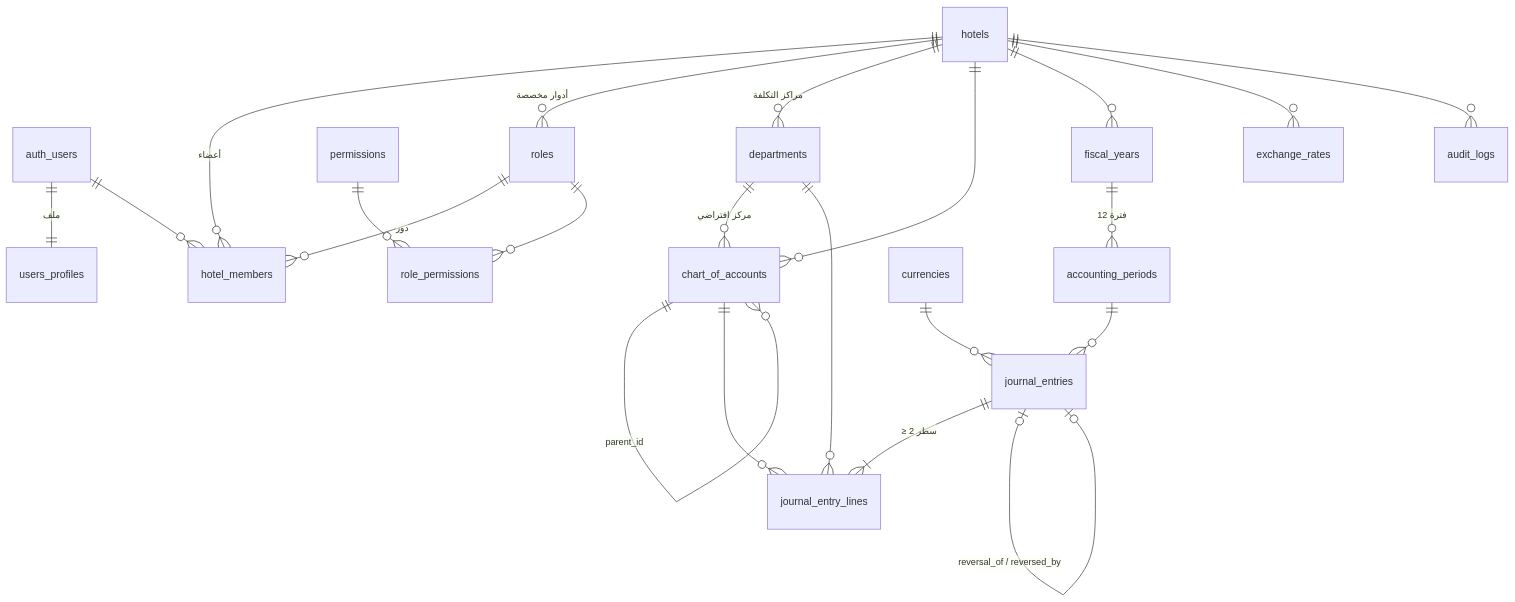
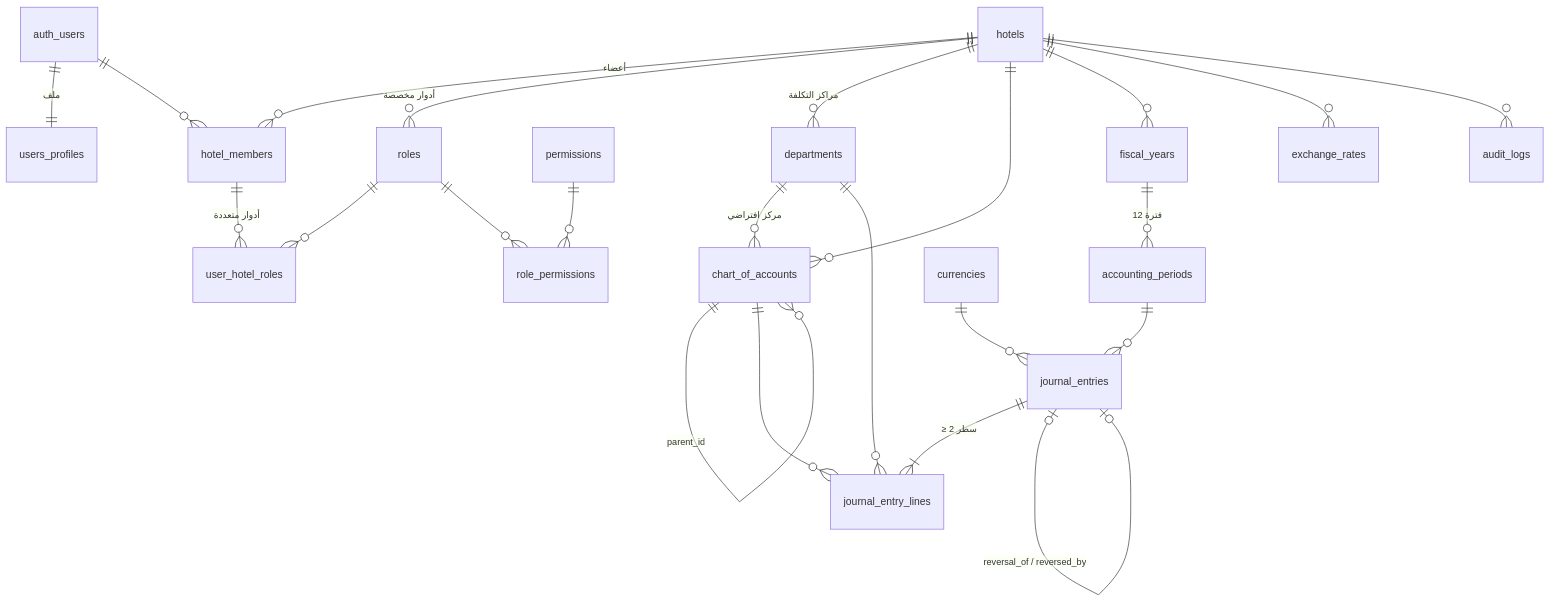
The diagram in docs/ARCHITECTURE.md (claudeformorad-design/claude), drawn with Mermaid before and after one commit. The commit also changed other lines of this file and 6 other files, not shown here.

First line of the commit message:
Support multiple roles per user per hotel via user_hotel_roles

````diff
--- a/docs/ARCHITECTURE.md
+++ b/docs/ARCHITECTURE.md
@@ -29,24 +29,25 @@
 ```mermaid
 erDiagram
     hotels ||--o{ hotel_members : "أعضاء"
     auth_users ||--|| users_profiles : "ملف"
     auth_users ||--o{ hotel_members : ""
-    roles ||--o{ hotel_members : "دور"
+    hotel_members ||--o{ user_hotel_roles : "أدوار متعددة"
+    roles ||--o{ user_hotel_roles : ""
     roles ||--o{ role_permissions : ""
     permissions ||--o{ role_permissions : ""
     hotels ||--o{ roles : "أدوار مخصصة"
     hotels ||--o{ departments : "مراكز التكلفة"
     hotels ||--o{ chart_of_accounts : ""
     chart_of_accounts ||--o{ chart_of_accounts : "parent_id"
     departments ||--o{ chart_of_accounts : "مركز افتراضي"
     hotels ||--o{ fiscal_years : ""
     fiscal_years ||--o{ accounting_periods : "12 فترة"
     accounting_periods ||--o{ journal_entries : ""
     journal_entries ||--|{ journal_entry_lines : "≥ 2 سطر"
     chart_of_accounts ||--o{ journal_entry_lines : ""
     departments ||--o{ journal_entry_lines : ""
     journal_entries |o--o| journal_entries : "reversal_of / reversed_by"
     currencies ||--o{ journal_entries : ""
     hotels ||--o{ exchange_rates : ""
     hotels ||--o{ audit_logs : ""
 ```
````
